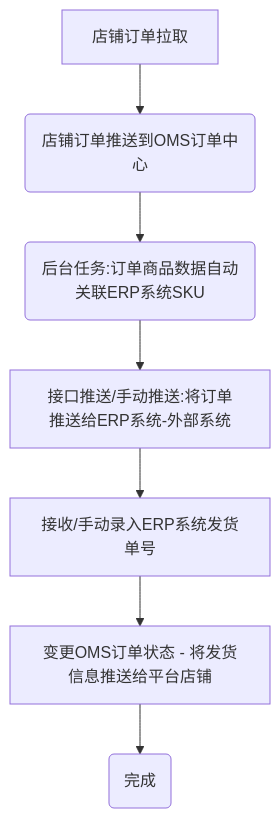
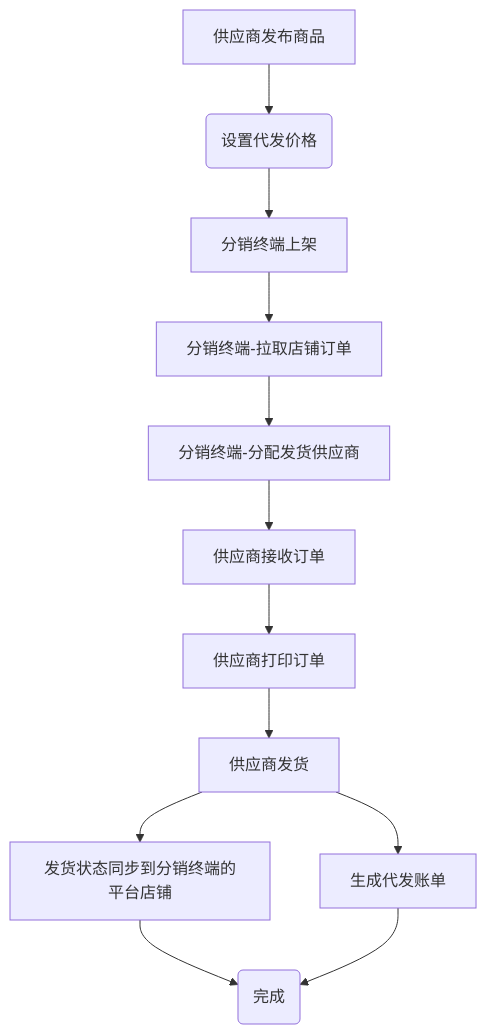
One commit to zeasin/qihangerp-sdk changed the diagram in README.md. Above: the diagram before and after it, drawn with Mermaid. The commit also changed other lines of this file, not shown here.

````diff
--- a/README.md
+++ b/README.md
@@ -30,9 +30,15 @@
 ```mermaid
-graph TD
-    A[店铺订单拉取] -->B(店铺订单推送到OMS订单中心)
-    B --> C(后台任务:订单商品数据自动关联ERP系统SKU)
-    C --> D[接口推送/手动推送:将订单推送给ERP系统-外部系统]
-    D --> E[接收/手动录入ERP系统发货单号]
-    E --> F[变更OMS订单状态 - 将发货信息推送给平台店铺]
-    F --> G(完成)
+graph TB
+A[供应商发布商品] -->B(设置代发价格)
+    B --> E[分销终端上架]
+    E --> C[分销终端-拉取店铺订单]
+    C --> D[分销终端-分配发货供应商]
+    D --> F[供应商接收订单]
+    F --> G[供应商打印订单]
+    G --> H[供应商发货]
+    H --> J[生成代发账单]
+    H --> I[发货状态同步到分销终端的平台店铺]
+    I --> K(完成)
+    J --> K
+
 ```
````
